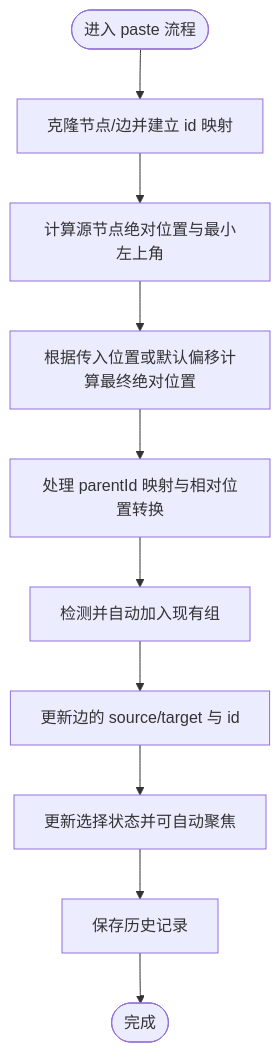
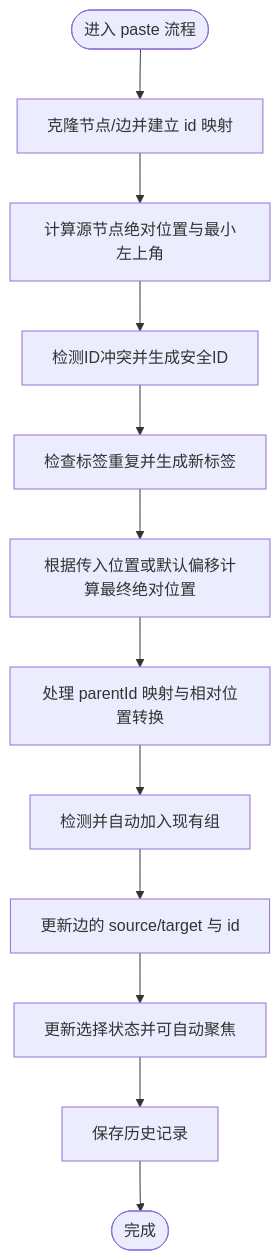
One commit to kqcoxn/MaaPipelineEditor changed the third of 6 diagrams in .qoder/repowiki/zh/content/状态管理系统/Flow Store 核心状态/图状态管理 (graphSlice).md. Above: the diagram before and after it, drawn with Mermaid. The commit also changed other lines of this file and 37 other files, not shown here.

````diff
--- a/.qoder/repowiki/zh/content/状态管理系统/Flow Store 核心状态/图状态管理 (graphSlice).md
+++ b/.qoder/repowiki/zh/content/状态管理系统/Flow Store 核心状态/图状态管理 (graphSlice).md
@@ -152,12 +181,14 @@
 ```mermaid
 flowchart TD
 Start(["进入 paste 流程"]) --> Clone["克隆节点/边并建立 id 映射"]
 Clone --> AbsPos["计算源节点绝对位置与最小左上角"]
-AbsPos --> Offset["根据传入位置或默认偏移计算最终绝对位置"]
+AbsPos --> ConflictCheck["检测ID冲突并生成安全ID"]
+ConflictCheck --> LabelCheck["检查标签重复并生成新标签"]
+LabelCheck --> Offset["根据传入位置或默认偏移计算最终绝对位置"]
 Offset --> ParentMap["处理 parentId 映射与相对位置转换"]
 ParentMap --> AutoGroup["检测并自动加入现有组"]
 AutoGroup --> UpdateEdges["更新边的 source/target 与 id"]
 UpdateEdges --> Select["更新选择状态并可自动聚焦"]
 Select --> SaveHist["保存历史记录"]
 SaveHist --> End(["完成"])
 ```
````
